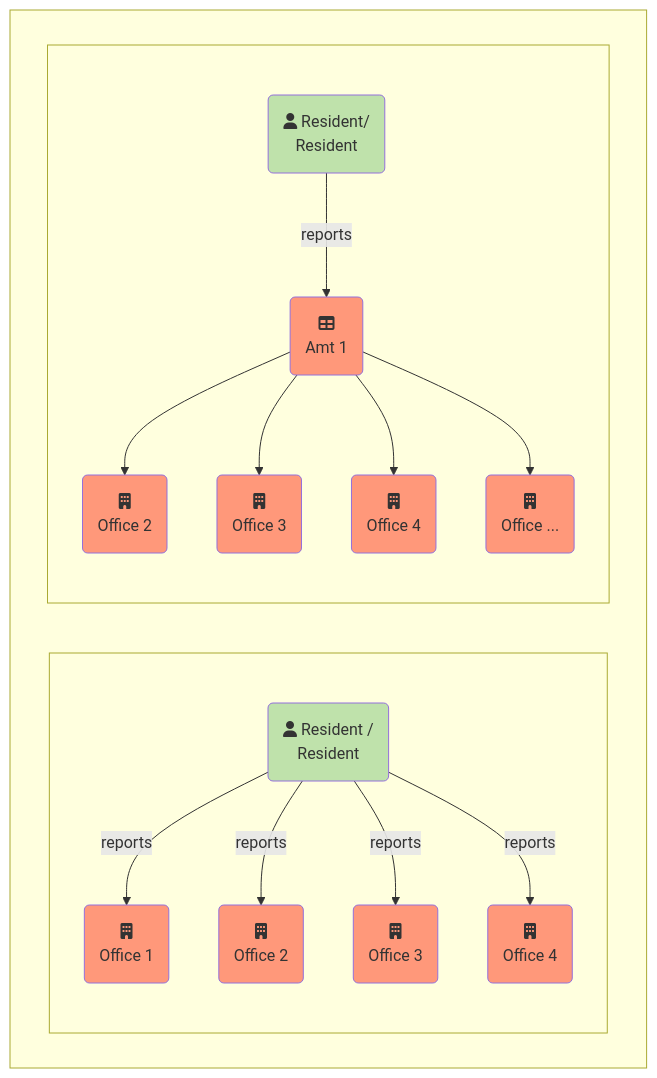
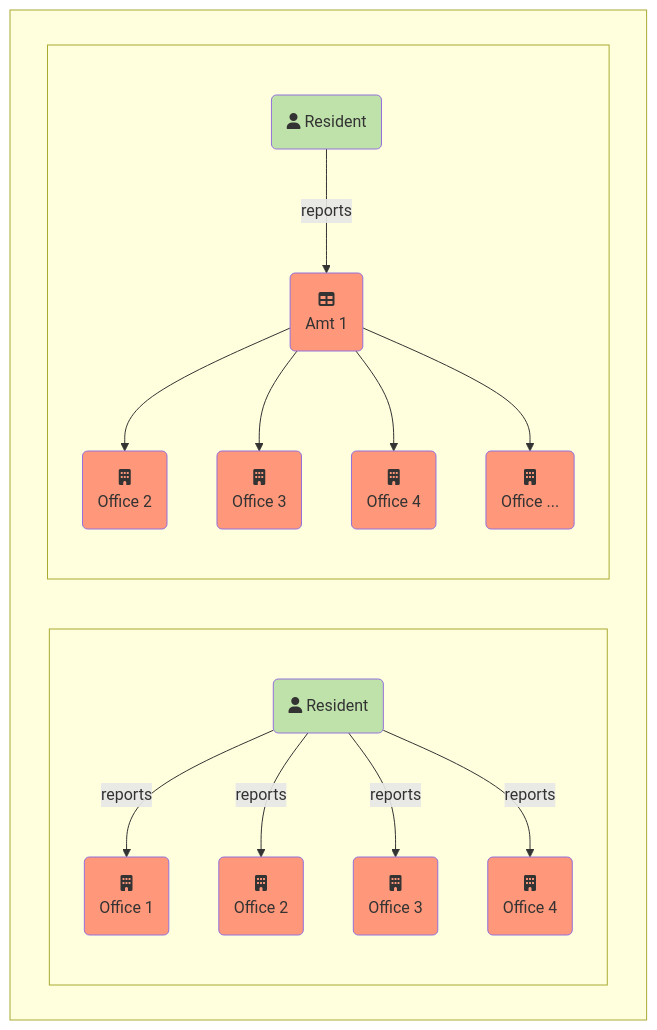
One commit to I14Y-ch/handbook changed the diagram in content/en/_index.md. Above: the diagram before and after it, drawn with Mermaid. The commit also changed other lines of this file and 7 other files, not shown here.

````diff
--- a/content/en/_index.md
+++ b/content/en/_index.md
@@ -28,34 +28,34 @@
 ```mermaid
 flowchart TD
     subgraph titel[" "]
         
     subgraph aktuell1[ ]
-            B(fa:fa-user Resident / \n Resident)
+            B(fa:fa-user Resident)
             B-->|reports|C(fa:fa-building \nOffice 1)
             B-->|reports |D(fa:fa-building \nOffice 2)
             B-->|reports|E(fa:fa-building \nOffice 3)
             B-->|reports|F(fa:fa-building \nOffice 4)
         end
     
         subgraph ziel1[ ]
-            BB(fa:fa-user Resident/ \nResident)
+            BB(fa:fa-user Resident)
             BB-->|reports|CC(fa:fa-table \nAmt 1)
             CC-->DD(fa:fa-building \nOffice 2)
             CC-->EE(fa:fa-building \nOffice 3)
             CC-->FF(fa:fa-building \nOffice 4)
             CC-->GG(fa:fa-building \nOffice ...)
         end
     end
     
     style B fill: #Bfe2ab
     style BB fill: #Bfe2ab
     style C fill: #Ff987a
     style CC fill: #Ff987a
     style D fill: #Ff987a
     style DD fill: #Ff987a
     style E fill: #Ff987a
     style EE fill: #Ff987a
     style F fill: #Ff987a
     style FF fill: #Ff987a
     style GG fill: #Ff987a
 ```
````
